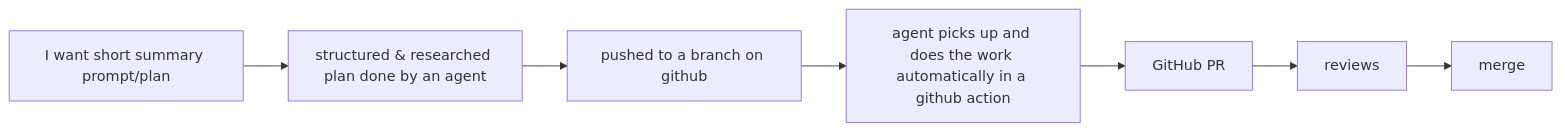
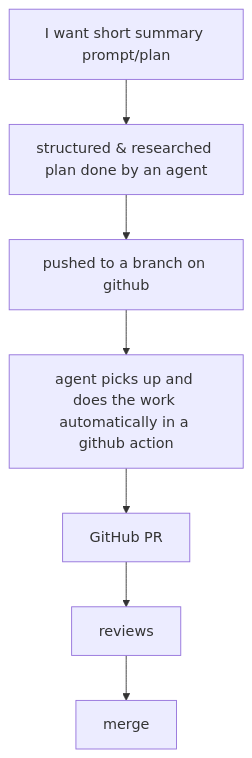
Before and after one commit to RatulMaharaj/plans: the diagram in plans/github-actions-agents.md, drawn with Mermaid. The commit also changed other lines of this file and 7 other files, not shown here.

````diff
--- a/plans/github-actions-agents.md
+++ b/plans/github-actions-agents.md
@@ -11,13 +11,13 @@
 ```mermaid
-flowchart LR
+flowchart TD
      A["I want short summary prompt/plan"]
      B["structured & researched plan done by an agent"]
      C["pushed to a branch on github"]
      D["agent picks up and does the work automatically in a github action"]
      E["GitHub PR"]
      F["reviews"]
      G["merge"]
 
 A --> B --> C --> D
 D --> E --> F --> G
 ```
````
